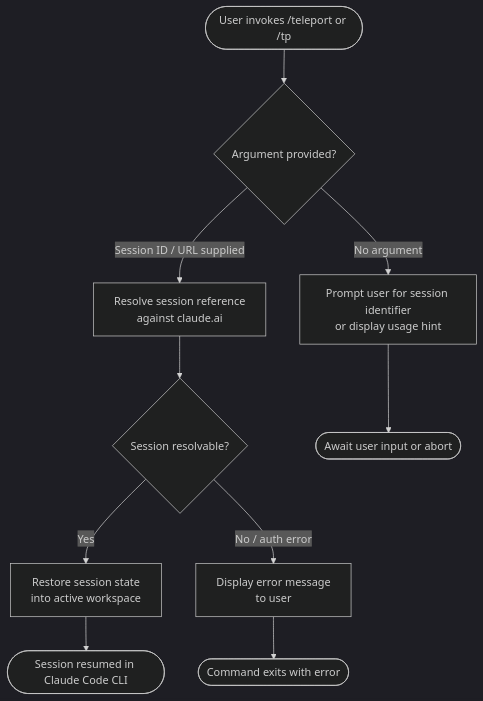
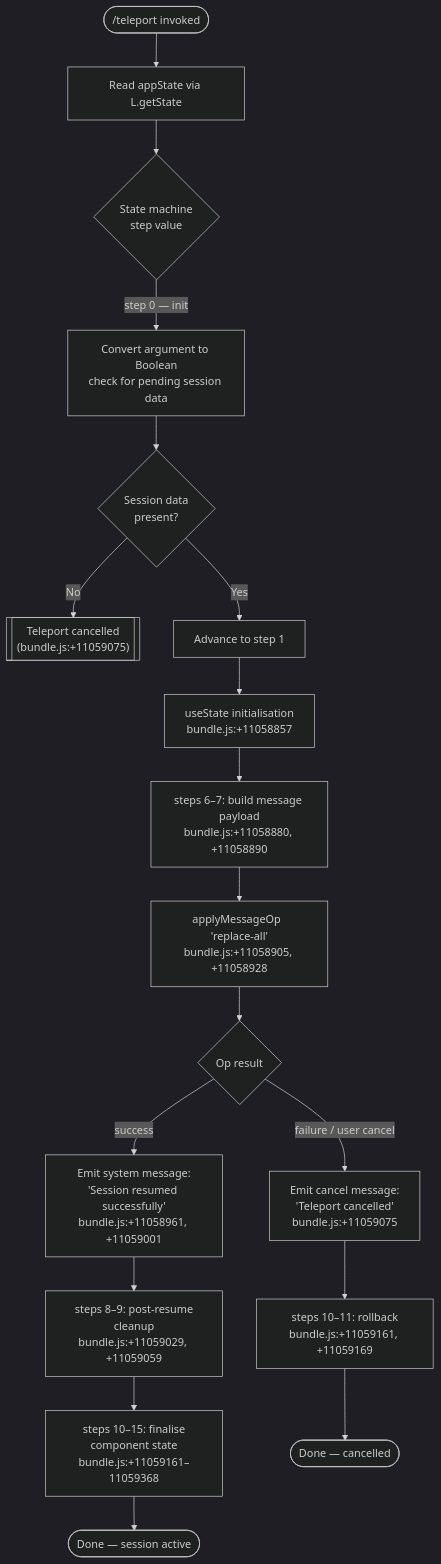
Before and after one commit to MyLittleLuckyDog/cc-gnothi: the diagram in versions/v2.1.139/teleport.md, drawn with Mermaid (dark theme). The commit also changed other lines of this file and 97 other files, not shown here.

````diff
--- a/versions/v2.1.139/teleport.md
+++ b/versions/v2.1.139/teleport.md
@@ -46,12 +56,25 @@
 ```mermaid
 flowchart TD
-    A([User invokes /teleport or /tp]) --> B{Argument provided?}
-    B -- "No argument" --> C[Prompt user for session identifier\nor display usage hint]
-    B -- "Session ID / URL supplied" --> D[Resolve session reference\nagainst claude.ai]
-    D --> E{Session resolvable?}
-    E -- "Yes" --> F[Restore session state\ninto active workspace]
-    E -- "No / auth error" --> G[Display error message\nto user]
-    F --> H([Session resumed in Claude Code CLI])
-    C --> I([Await user input or abort])
-    G --> J([Command exits with error])
+    A(["/teleport invoked"]) --> B[Read appState via L.getState]
+    B --> C{State machine\nstep value}
+
+    C -->|step 0 — init| D[Convert argument to Boolean\ncheck for pending session data]
+    D --> E{Session data\npresent?}
+    E -->|No| F[["Teleport cancelled\n(bundle.js:+11059075)"]]
+    E -->|Yes| G[Advance to step 1]
+
+    G --> H[useState initialisation\nbundle.js:+11058857]
+    H --> I[steps 6–7: build message payload\nbundle.js:+11058880, +11058890]
+
+    I --> J["applyMessageOp  'replace-all'\nbundle.js:+11058905, +11058928"]
+    J --> K{Op result}
+
+    K -->|success| L["Emit system message:\n'Session resumed successfully'\nbundle.js:+11058961, +11059001"]
+    L --> M[steps 8–9: post-resume\ncleanup\nbundle.js:+11059029, +11059059]
+    M --> N[steps 10–15: finalise\ncomponent state\nbundle.js:+11059161–11059368]
+    N --> O([Done — session active])
+
+    K -->|failure / user cancel| P["Emit cancel message:\n'Teleport cancelled'\nbundle.js:+11059075"]
+    P --> Q[steps 10–11: rollback\nbundle.js:+11059161, +11059169]
+    Q --> R([Done — cancelled])
 ```
````
